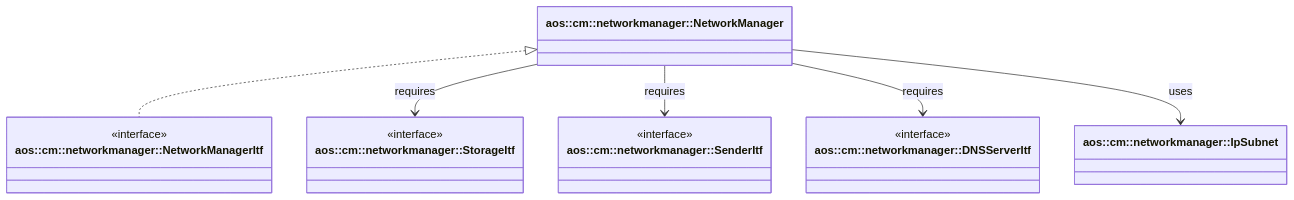
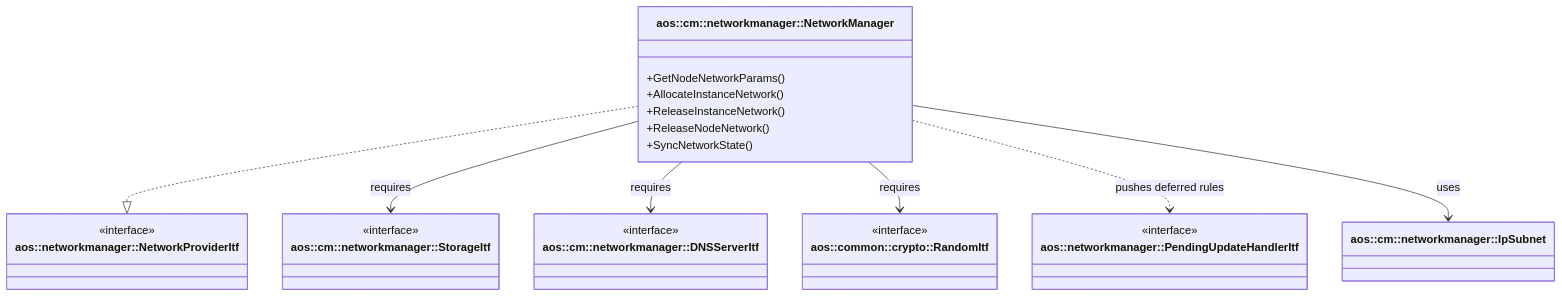
Before and after one commit to aosedge/aos_core_cpp: the first of 2 diagrams in src/cm/networkmanager/networkmanager.md, drawn with Mermaid. The commit also changed other lines of this file, not shown here.

First line of the commit message:
cm: networkmanager: document the SM/CM network service flow

````diff
--- a/src/cm/networkmanager/networkmanager.md
+++ b/src/cm/networkmanager/networkmanager.md
@@ -19,30 +38,35 @@
 ```mermaid
 classDiagram
     class NetworkManager["aos::cm::networkmanager::NetworkManager"] {
+        +GetNodeNetworkParams()
+        +AllocateInstanceNetwork()
+        +ReleaseInstanceNetwork()
+        +ReleaseNodeNetwork()
+        +SyncNetworkState()
     }
 
-    class NetworkManagerItf["aos::cm::networkmanager::NetworkManagerItf"] {
+    class NetworkProviderItf["aos::networkmanager::NetworkProviderItf"] {
         <<interface>>
     }
-
+    class PendingUpdateHandlerItf["aos::networkmanager::PendingUpdateHandlerItf"] {
+        <<interface>>
+    }
     class StorageItf["aos::cm::networkmanager::StorageItf"] {
         <<interface>>
     }
-
-    class SenderItf["aos::cm::networkmanager::SenderItf"] {
-        <<interface>>
-    }
-
     class DNSServerItf["aos::cm::networkmanager::DNSServerItf"] {
         <<interface>>
     }
-
+    class RandomItf["aos::common::crypto::RandomItf"] {
+        <<interface>>
+    }
     class IpSubnet["aos::cm::networkmanager::IpSubnet"] {
     }
 
-    NetworkManager <|.. NetworkManagerItf
+    NetworkManager ..|> NetworkProviderItf
     NetworkManager --> StorageItf : requires
-    NetworkManager --> SenderItf : requires
     NetworkManager --> DNSServerItf : requires
+    NetworkManager --> RandomItf : requires
+    NetworkManager ..> PendingUpdateHandlerItf : pushes deferred rules
     NetworkManager --> IpSubnet : uses
 ```
````
